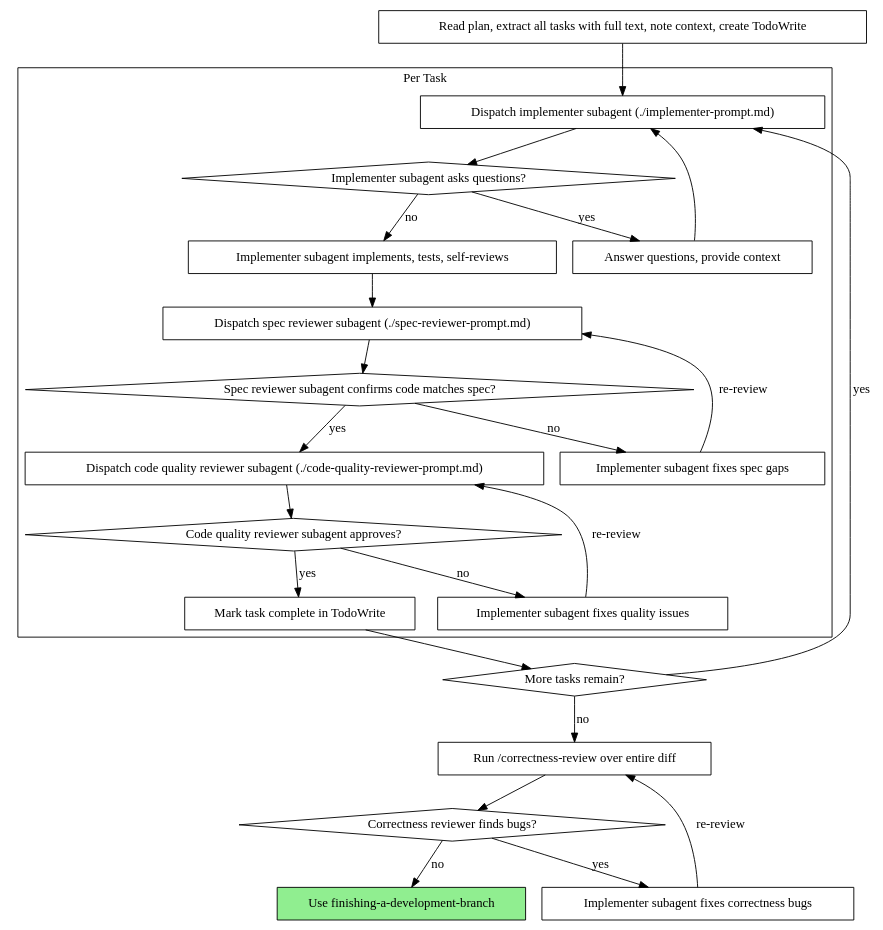
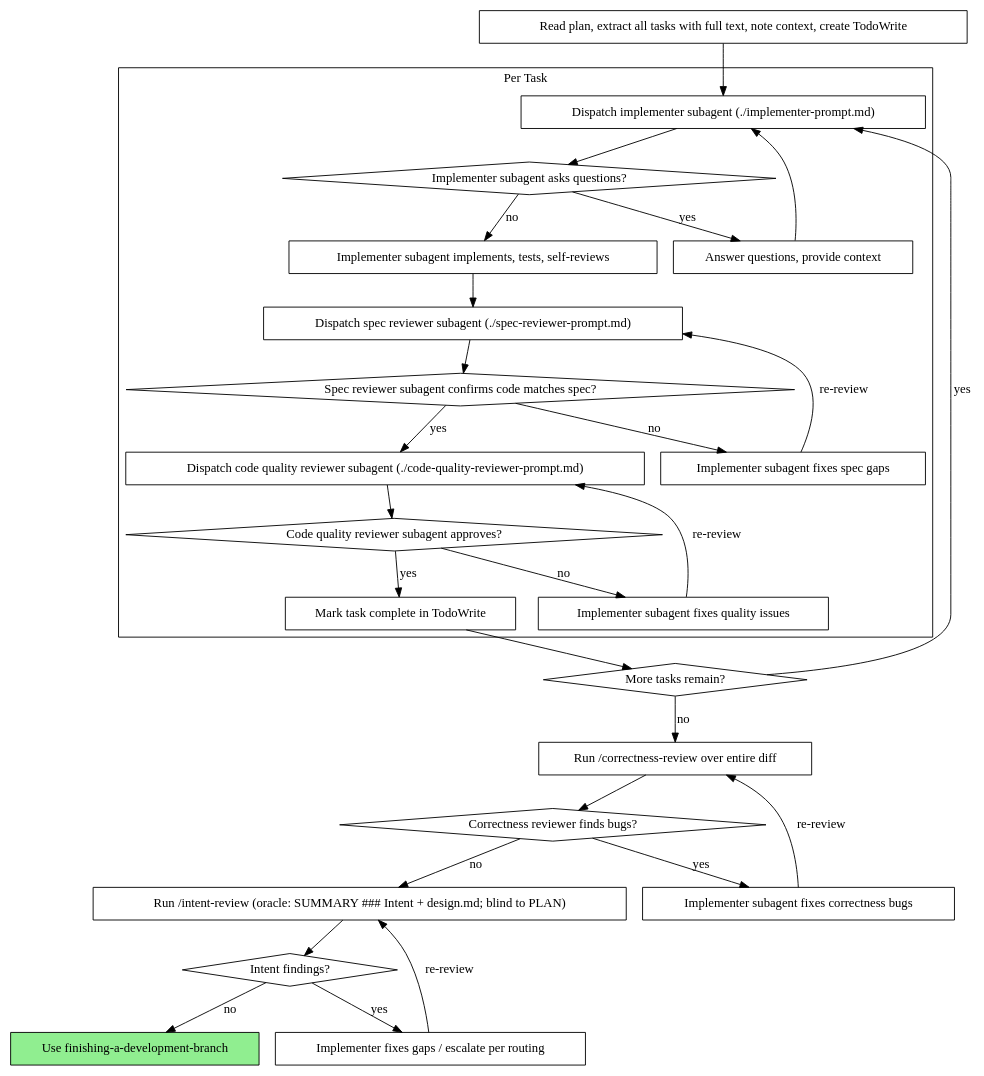
The second of 2 diagrams in skills/subagent-driven-development/SKILL.md (minhtran3124/harness-skills), drawn with Graphviz before and after one commit. The commit also changed other lines of this file, not shown here.

First line of the commit message:
feat(harness): wire /intent-review into subagent-driven-development (wave 2, task 2.1)

````diff
--- a/skills/subagent-driven-development/SKILL.md
+++ b/skills/subagent-driven-development/SKILL.md
@@ -49,49 +49,56 @@
 ```dot
 digraph process {
     rankdir=TB;
 
     subgraph cluster_per_task {
         label="Per Task";
         "Dispatch implementer subagent (./implementer-prompt.md)" [shape=box];
         "Implementer subagent asks questions?" [shape=diamond];
         "Answer questions, provide context" [shape=box];
         "Implementer subagent implements, tests, self-reviews" [shape=box];
         "Dispatch spec reviewer subagent (./spec-reviewer-prompt.md)" [shape=box];
         "Spec reviewer subagent confirms code matches spec?" [shape=diamond];
         "Implementer subagent fixes spec gaps" [shape=box];
         "Dispatch code quality reviewer subagent (./code-quality-reviewer-prompt.md)" [shape=box];
         "Code quality reviewer subagent approves?" [shape=diamond];
         "Implementer subagent fixes quality issues" [shape=box];
         "Mark task complete in TodoWrite" [shape=box];
     }
 
     "Read plan, extract all tasks with full text, note context, create TodoWrite" [shape=box];
     "More tasks remain?" [shape=diamond];
     "Run /correctness-review over entire diff" [shape=box];
     "Correctness reviewer finds bugs?" [shape=diamond];
     "Implementer subagent fixes correctness bugs" [shape=box];
+    "Run /intent-review (oracle: SUMMARY ### Intent + design.md; blind to PLAN)" [shape=box];
+    "Intent findings?" [shape=diamond];
+    "Implementer fixes gaps / escalate per routing" [shape=box];
     "Use finishing-a-development-branch" [shape=box style=filled fillcolor=lightgreen];
 
     "Read plan, extract all tasks with full text, note context, create TodoWrite" -> "Dispatch implementer subagent (./implementer-prompt.md)";
     "Dispatch implementer subagent (./implementer-prompt.md)" -> "Implementer subagent asks questions?";
     "Implementer subagent asks questions?" -> "Answer questions, provide context" [label="yes"];
     "Answer questions, provide context" -> "Dispatch implementer subagent (./implementer-prompt.md)";
     "Implementer subagent asks questions?" -> "Implementer subagent implements, tests, self-reviews" [label="no"];
     "Implementer subagent implements, tests, self-reviews" -> "Dispatch spec reviewer subagent (./spec-reviewer-prompt.md)";
     "Dispatch spec reviewer subagent (./spec-reviewer-prompt.md)" -> "Spec reviewer subagent confirms code matches spec?";
     "Spec reviewer subagent confirms code matches spec?" -> "Implementer subagent fixes spec gaps" [label="no"];
     "Implementer subagent fixes spec gaps" -> "Dispatch spec reviewer subagent (./spec-reviewer-prompt.md)" [label="re-review"];
     "Spec reviewer subagent confirms code matches spec?" -> "Dispatch code quality reviewer subagent (./code-quality-reviewer-prompt.md)" [label="yes"];
     "Dispatch code quality reviewer subagent (./code-quality-reviewer-prompt.md)" -> "Code quality reviewer subagent approves?";
     "Code quality reviewer subagent approves?" -> "Implementer subagent fixes quality issues" [label="no"];
     "Implementer subagent fixes quality issues" -> "Dispatch code quality reviewer subagent (./code-quality-reviewer-prompt.md)" [label="re-review"];
     "Code quality reviewer subagent approves?" -> "Mark task complete in TodoWrite" [label="yes"];
     "Mark task complete in TodoWrite" -> "More tasks remain?";
     "More tasks remain?" -> "Dispatch implementer subagent (./implementer-prompt.md)" [label="yes"];
     "More tasks remain?" -> "Run /correctness-review over entire diff" [label="no"];
     "Run /correctness-review over entire diff" -> "Correctness reviewer finds bugs?";
     "Correctness reviewer finds bugs?" -> "Implementer subagent fixes correctness bugs" [label="yes"];
     "Implementer subagent fixes correctness bugs" -> "Run /correctness-review over entire diff" [label="re-review"];
-    "Correctness reviewer finds bugs?" -> "Use finishing-a-development-branch" [label="no"];
+    "Correctness reviewer finds bugs?" -> "Run /intent-review (oracle: SUMMARY ### Intent + design.md; blind to PLAN)" [label="no"];
+    "Run /intent-review (oracle: SUMMARY ### Intent + design.md; blind to PLAN)" -> "Intent findings?";
+    "Intent findings?" -> "Implementer fixes gaps / escalate per routing" [label="yes"];
+    "Implementer fixes gaps / escalate per routing" -> "Run /intent-review (oracle: SUMMARY ### Intent + design.md; blind to PLAN)" [label="re-review"];
+    "Intent findings?" -> "Use finishing-a-development-branch" [label="no"];
 }
 ```
````
